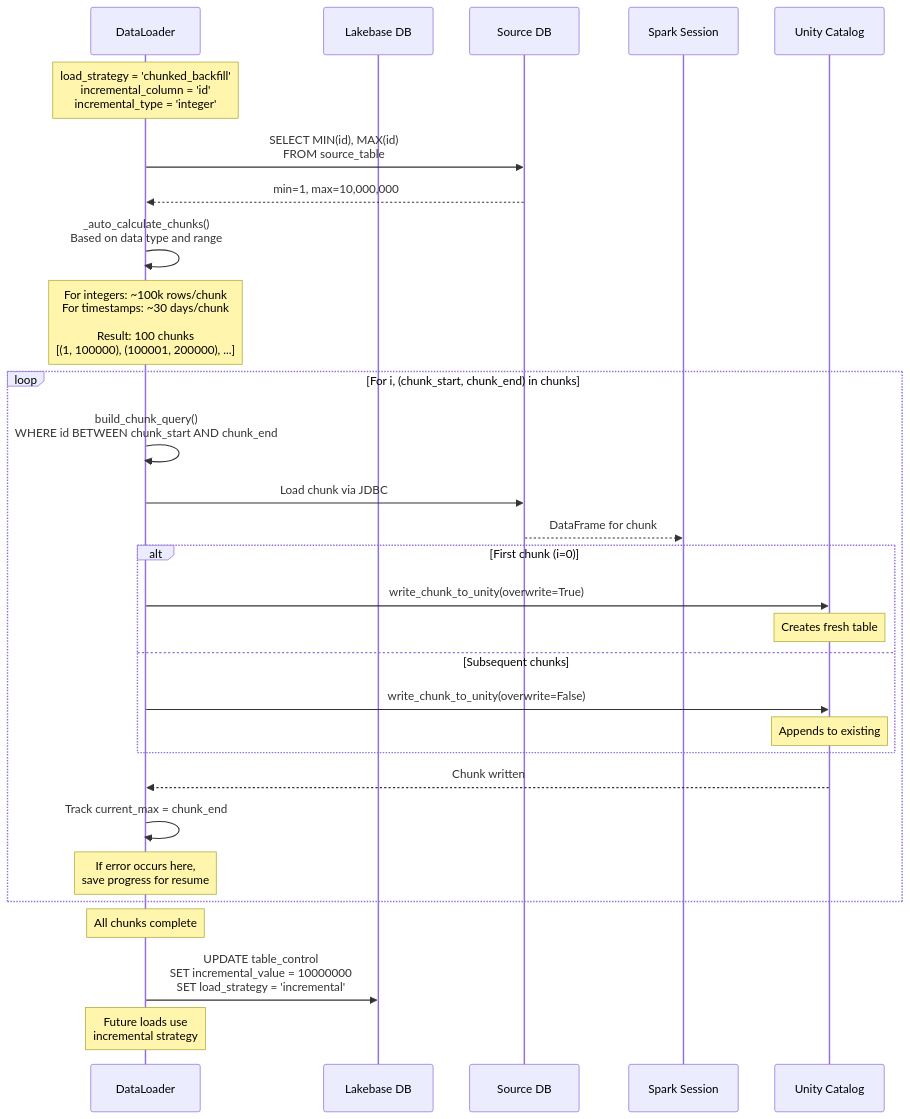
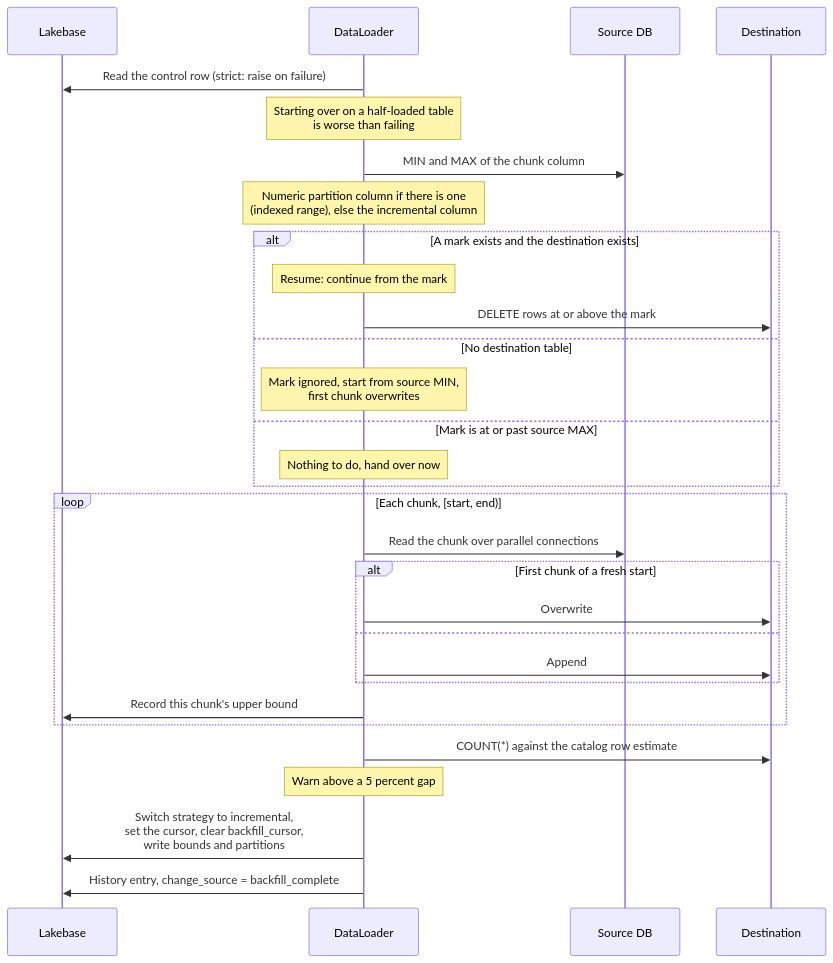
The fourth of 5 diagrams in diagrams/03-sequence-diagrams.md (DakotaDataEng/dataloader-docs), drawn with Mermaid before and after one commit. The commit also changed other lines of this file and 40 other files, not shown here.

````diff
--- a/diagrams/03-sequence-diagrams.md
+++ b/diagrams/03-sequence-diagrams.md
@@ -172,44 +163,38 @@
 ```mermaid
 sequenceDiagram
+    participant LB as Lakebase
     participant DL as DataLoader
-    participant Lakebase as Lakebase DB
-    participant Source as Source DB
-    participant Spark as Spark Session
-    participant UC as Unity Catalog
+    participant SRC as Source DB
+    participant DEST as Destination
 
-    Note over DL: load_strategy = 'chunked_backfill'<br/>incremental_column = 'id'<br/>incremental_type = 'integer'
+    DL->>LB: Read the control row (strict: raise on failure)
+    Note over DL: Starting over on a half-loaded table<br/>is worse than failing
 
-    DL->>Source: SELECT MIN(id), MAX(id)<br/>FROM source_table
-    Source-->>DL: min=1, max=10,000,000
+    DL->>SRC: MIN and MAX of the chunk column
+    Note over DL: Numeric partition column if there is one<br/>(indexed range), else the incremental column
 
-    DL->>DL: _auto_calculate_chunks()<br/>Based on data type and range
-
-    Note over DL: For integers: ~100k rows/chunk<br/>For timestamps: ~30 days/chunk<br/><br/>Result: 100 chunks<br/>[(1, 100000), (100001, 200000), ...]
-
-    loop For i, (chunk_start, chunk_end) in chunks
-        DL->>DL: build_chunk_query()<br/>WHERE id BETWEEN chunk_start AND chunk_end
-
-        DL->>Source: Load chunk via JDBC
-        Source-->>Spark: DataFrame for chunk
-
-        alt First chunk (i=0)
-            DL->>UC: write_chunk_to_unity(overwrite=True)
-            Note over UC: Creates fresh table
-        else Subsequent chunks
-            DL->>UC: write_chunk_to_unity(overwrite=False)
-            Note over UC: Appends to existing
-        end
-
-        UC-->>DL: Chunk written
-
-        DL->>DL: Track current_max = chunk_end
-
-        Note over DL: If error occurs here,<br/>save progress for resume
+    alt A mark exists and the destination exists
+        Note over DL: Resume: continue from the mark
+        DL->>DEST: DELETE rows at or above the mark
+    else No destination table
+        Note over DL: Mark ignored, start from source MIN,<br/>first chunk overwrites
+    else Mark is at or past source MAX
+        Note over DL: Nothing to do, hand over now
     end
 
-    Note over DL: All chunks complete
+    loop Each chunk, [start, end)
+        DL->>SRC: Read the chunk over parallel connections
+        alt First chunk of a fresh start
+            DL->>DEST: Overwrite
+        else
+            DL->>DEST: Append
+        end
+        DL->>LB: Record this chunk's upper bound
+    end
 
-    DL->>Lakebase: UPDATE table_control<br/>SET incremental_value = 10000000<br/>SET load_strategy = 'incremental'
+    DL->>DEST: COUNT(*) against the catalog row estimate
+    Note over DL: Warn above a 5 percent gap
 
-    Note over DL: Future loads use<br/>incremental strategy
+    DL->>LB: Switch strategy to incremental,<br/>set the cursor, clear backfill_cursor,<br/>write bounds and partitions
+    DL->>LB: History entry, change_source = backfill_complete
 ```
````
